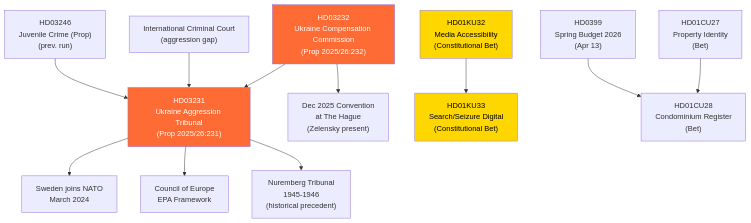
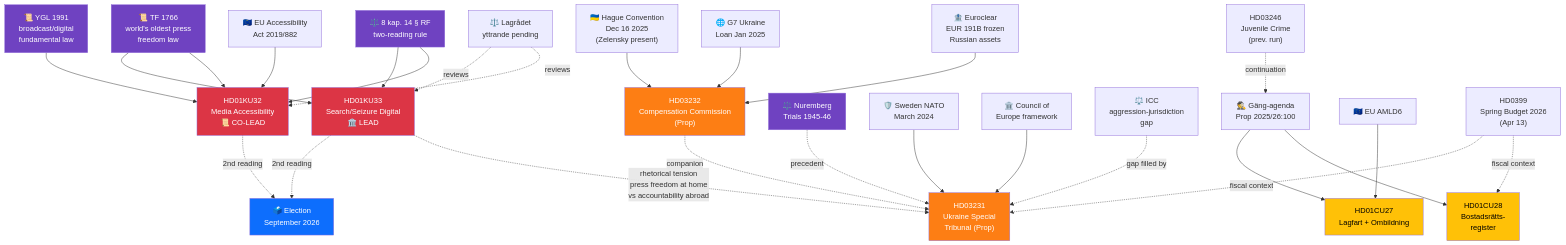
One commit to Hack23/riksdagsmonitor changed the first of 2 diagrams in analysis/daily/2026-04-17/realtime-1434/cross-reference-map.md. Above: the diagram before and after it, drawn with Mermaid. The commit also changed other lines of this file and 8 other files, not shown here.

First line of the commit message:
analysis: deepen realtime-1434 with DIW, TOWS, Mermaid, confidence labels (KU33 as LEAD)

````diff
--- a/analysis/daily/2026-04-17/realtime-1434/cross-reference-map.md
+++ b/analysis/daily/2026-04-17/realtime-1434/cross-reference-map.md
@@ -8,32 +12,82 @@
 ```mermaid
 graph TD
-    HD03231["HD03231\nUkraine Aggression Tribunal\n(Prop 2025/26:231)"]
-    HD03232["HD03232\nUkraine Compensation Commission\n(Prop 2025/26:232)"]
-    NATO["Sweden joins NATO\nMarch 2024"]
-    ZELCONV["Dec 2025 Convention\nat The Hague\n(Zelensky present)"]
-    NUREMBERG["Nuremberg Tribunal\n1945-1946\n(historical precedent)"]
-    CoE["Council of Europe\nEPA Framework"]
-    ICC["International Criminal Court\n(aggression gap)"]
-    HD01KU32["HD01KU32\nMedia Accessibility\n(Constitutional Bet)"]
-    HD01KU33["HD01KU33\nSearch/Seizure Digital\n(Constitutional Bet)"]
-    HD01CU28["HD01CU28\nCondominium Register\n(Bet)"]
-    HD01CU27["HD01CU27\nProperty Identity\n(Bet)"]
-    HD03246["HD03246\nJuvenile Crime (Prop)\n(prev. run)"]
-    HD0399["HD0399\nSpring Budget 2026\n(Apr 13)"]
+    %% Constitutional cluster (LEAD)
+    HD01KU33["HD01KU33<br/>Search/Seizure Digital<br/>🏛️ LEAD"]
+    HD01KU32["HD01KU32<br/>Media Accessibility<br/>📜 CO-LEAD"]
 
-    HD03231 --> NATO
-    HD03232 --> HD03231
-    HD03231 --> CoE
-    HD03231 --> NUREMBERG
-    HD03232 --> ZELCONV
-    ICC --> HD03231
-    HD01KU32 --> HD01KU33
-    HD01CU27 --> HD01CU28
-    HD03246 --> HD03231
-    HD0399 --> HD01CU28
-    
-    style HD03231 fill:#ff6b35,color:#fff
-    style HD03232 fill:#ff6b35,color:#fff
-    style HD01KU32 fill:#ffd700,color:#000
-    style HD01KU33 fill:#ffd700,color:#000
+    %% Constitutional context
+    TF1766["📜 TF 1766<br/>world's oldest press<br/>freedom law"]
+    YGL1991["📜 YGL 1991<br/>broadcast/digital<br/>fundamental law"]
+    RF8_14["⚖️ 8 kap. 14 § RF<br/>two-reading rule"]
+    EAA["🇪🇺 EU Accessibility<br/>Act 2019/882"]
+    LAGRADET["⚖️ Lagrådet<br/>yttrande pending"]
+    ELECT2026["🗳️ Election<br/>September 2026"]
+
+    %% Ukraine cluster
+    HD03231["HD03231<br/>Ukraine Special<br/>Tribunal (Prop)"]
+    HD03232["HD03232<br/>Compensation Commission<br/>(Prop)"]
+    NUREMBERG["⚖️ Nuremberg<br/>Trials 1945-46"]
+    NATO["🛡️ Sweden NATO<br/>March 2024"]
+    HAGUE_DEC25["🇺🇦 Hague Convention<br/>Dec 16 2025<br/>(Zelensky present)"]
+    CoE["🏛️ Council of<br/>Europe framework"]
+    G7["🌐 G7 Ukraine<br/>Loan Jan 2025"]
+    EUROCLEAR["🏦 Euroclear<br/>EUR 191B frozen<br/>Russian assets"]
+    ICC["⚖️ ICC<br/>aggression-jurisdiction<br/>gap"]
+
+    %% Housing cluster
+    HD01CU28["HD01CU28<br/>Bostadsrätts-<br/>register"]
+    HD01CU27["HD01CU27<br/>Lagfart + Ombildning"]
+    GANG["🕵️ Gäng-agenda<br/>Prop 2025/26:100"]
+    AMLD6["🇪🇺 EU AMLD6"]
+
+    %% Prior run cross-refs
+    HD03246["HD03246<br/>Juvenile Crime<br/>(prev. run)"]
+    HD0399["HD0399<br/>Spring Budget 2026<br/>(Apr 13)"]
+
+    %% Relations — Constitutional
+    TF1766 --> HD01KU33
+    TF1766 --> HD01KU32
+    YGL1991 --> HD01KU32
+    RF8_14 --> HD01KU33
+    RF8_14 --> HD01KU32
+    EAA --> HD01KU32
+    LAGRADET -.reviews.-> HD01KU33
+    LAGRADET -.reviews.-> HD01KU32
+    HD01KU33 -.2nd reading.-> ELECT2026
+    HD01KU32 -.2nd reading.-> ELECT2026
+
+    %% Relations — Ukraine
+    NUREMBERG -.precedent.-> HD03231
+    NATO --> HD03231
+    HAGUE_DEC25 --> HD03232
+    CoE --> HD03231
+    ICC -.gap filled by.-> HD03231
+    HD03232 -.companion.-> HD03231
+    G7 --> HD03232
+    EUROCLEAR --> HD03232
+
+    %% Relations — Housing
+    GANG --> HD01CU27
+    GANG --> HD01CU28
+    AMLD6 --> HD01CU27
+    HD03246 -.continuation.-> GANG
+
+    %% Budget context
+    HD0399 -.fiscal context.-> HD03231
+    HD0399 -.fiscal context.-> HD01CU28
+
+    %% Cross-cluster rhetorical tension
+    HD01KU33 -.rhetorical tension<br/>press freedom at home<br/>vs accountability abroad.-> HD03231
+
+    style HD01KU33 fill:#dc3545,color:#fff
+    style HD01KU32 fill:#dc3545,color:#fff
+    style HD03231 fill:#fd7e14,color:#fff
+    style HD03232 fill:#fd7e14,color:#fff
+    style HD01CU28 fill:#ffc107,color:#000
+    style HD01CU27 fill:#ffc107,color:#000
+    style TF1766 fill:#6f42c1,color:#fff
+    style YGL1991 fill:#6f42c1,color:#fff
+    style RF8_14 fill:#6f42c1,color:#fff
+    style NUREMBERG fill:#6f42c1,color:#fff
+    style ELECT2026 fill:#0d6efd,color:#fff
 ```
````
